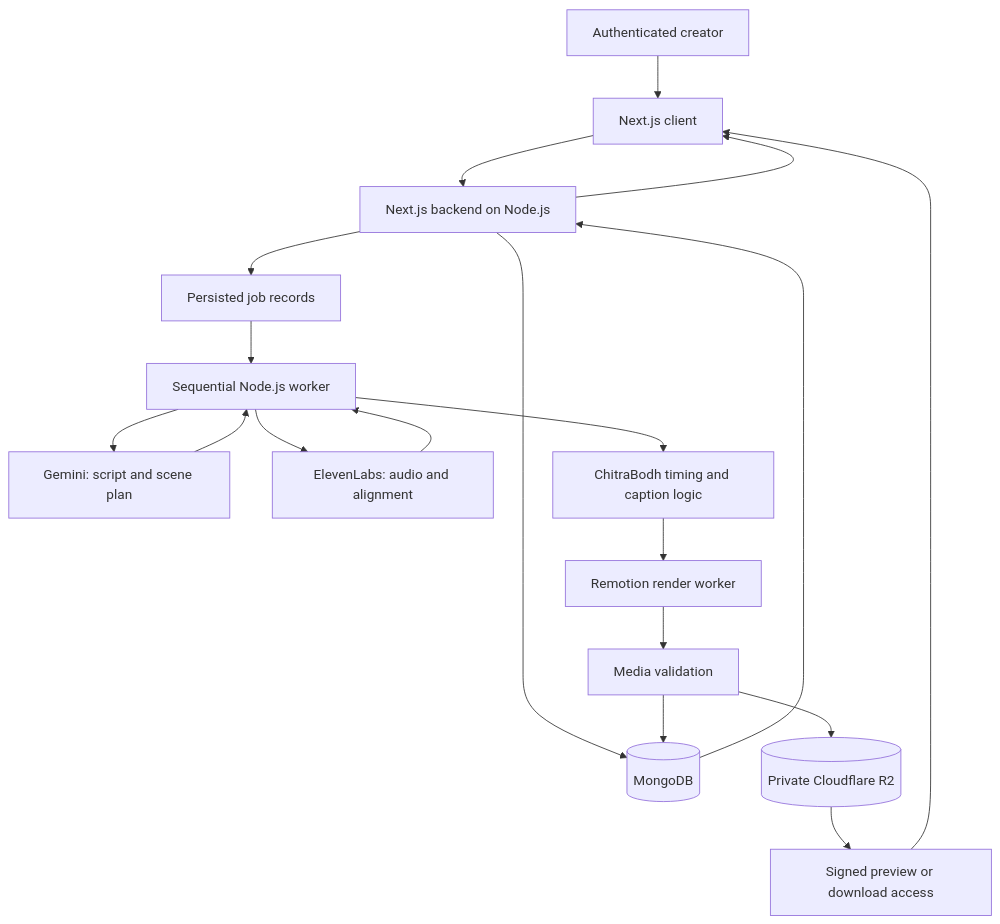
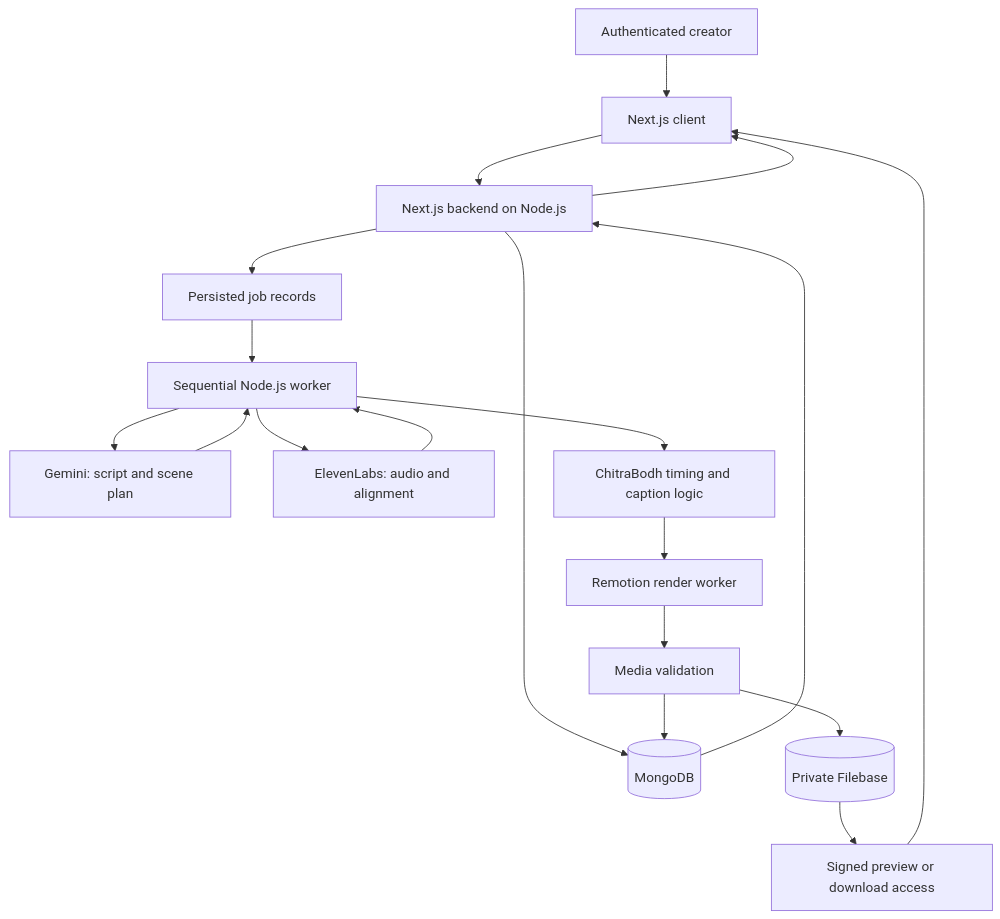
The second of 3 diagrams in docs/ChitraBodh-V1-PRD.md (balajiraparti/ChitraBodh---AI-powered-Video-Generator), drawn with Mermaid before and after one commit. The commit also changed other lines of this file and 9 other files, not shown here.

````diff
--- a/docs/ChitraBodh-V1-PRD.md
+++ b/docs/ChitraBodh-V1-PRD.md
@@ -497,21 +499,21 @@
 ```mermaid
 flowchart TD
     U[Authenticated creator] --> W[Next.js client]
     W --> B[Next.js backend on Node.js]
     B --> D[(MongoDB)]
     B --> Q[Persisted job records]
     Q --> O[Sequential Node.js worker]
     O --> G[Gemini: script and scene plan]
     G --> O
     O --> E[ElevenLabs: audio and alignment]
     E --> O
     O --> T[ChitraBodh timing and caption logic]
     T --> R[Remotion render worker]
     R --> V[Media validation]
-    V --> S[(Private Cloudflare R2)]
+    V --> S[(Private Filebase)]
     V --> D
     D --> B
     B --> W
     S --> P[Signed preview or download access]
     P --> W
 ```
````
